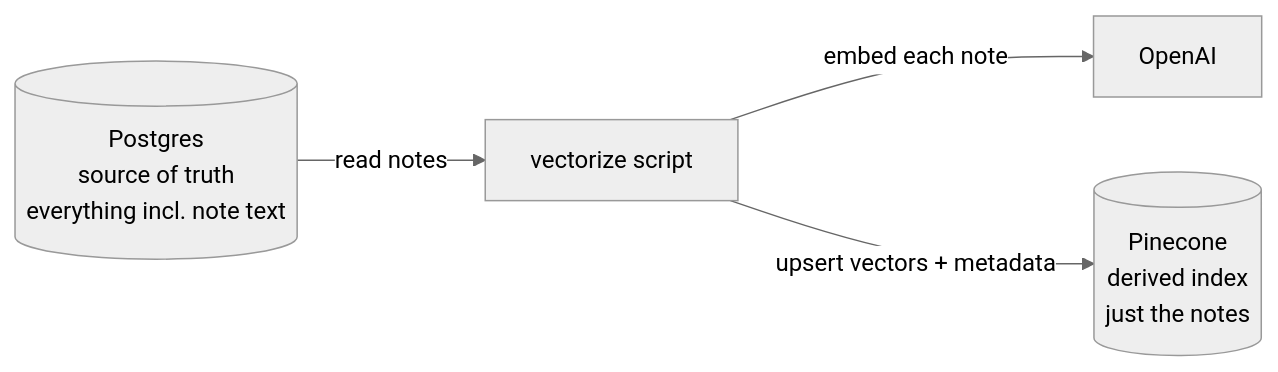
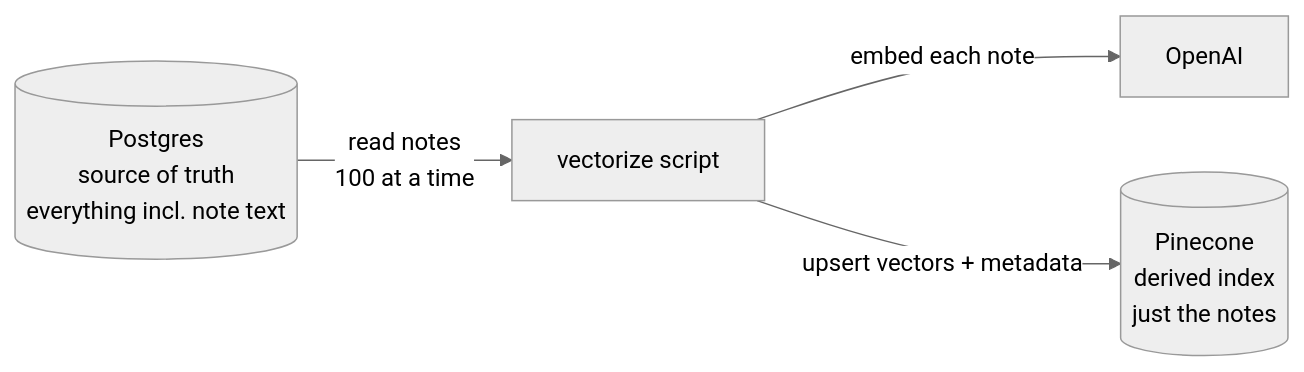
One commit to projectshft/parsity_medical_rag changed the diagram in curriculum/w1-06-vectorize.md. Above: the diagram before and after it, drawn with Mermaid (neutral theme). The commit also changed other lines of this file and 34 other files, not shown here.

First line of the commit message:
curriculum: full authoring pass against the current architecture

````diff
--- a/curriculum/w1-06-vectorize.md
+++ b/curriculum/w1-06-vectorize.md
@@ -19,6 +20,6 @@
 ```mermaid
 flowchart LR
-    PG[(Postgres<br/>source of truth<br/>everything incl. note text)] -->|read notes| V[vectorize script]
+    PG[(Postgres<br/>source of truth<br/>everything incl. note text)] -->|read notes<br/>100 at a time| V[vectorize script]
     V -->|embed each note| E[OpenAI]
     V -->|upsert vectors + metadata| PC[(Pinecone<br/>derived index<br/>just the notes)]
 ```
````
